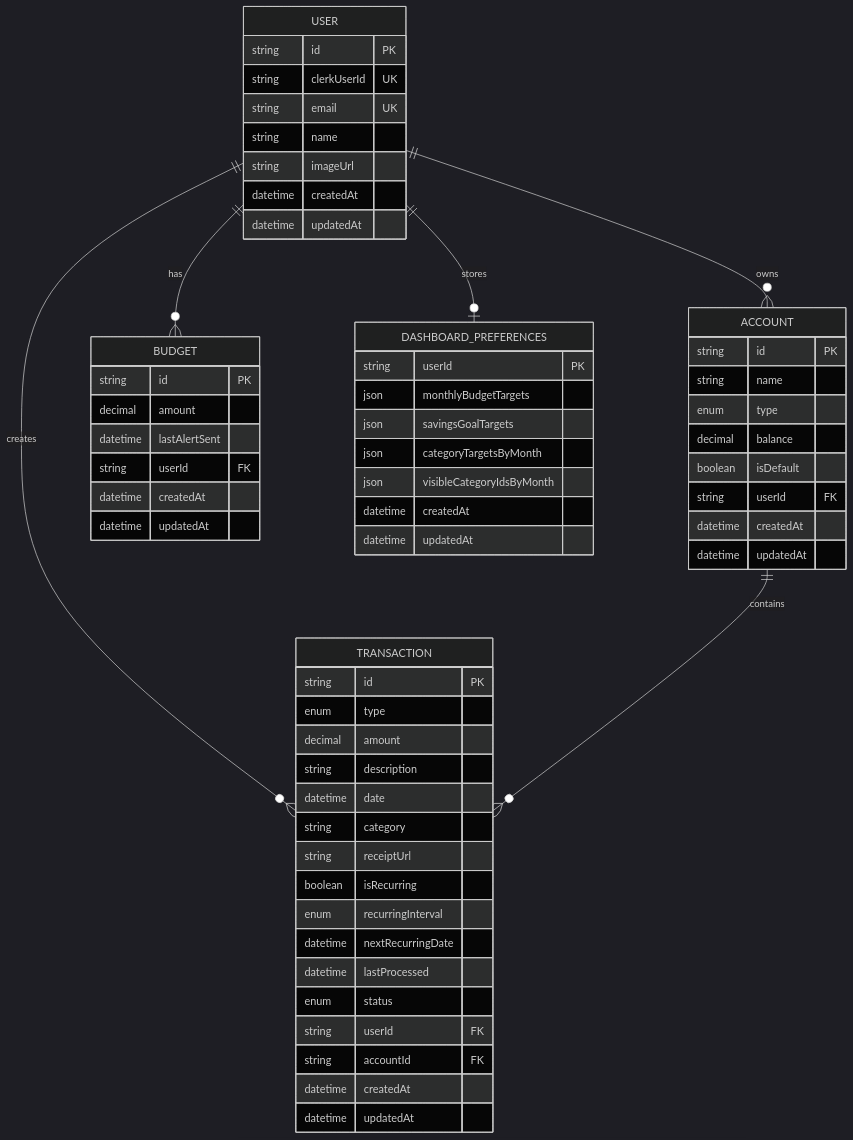
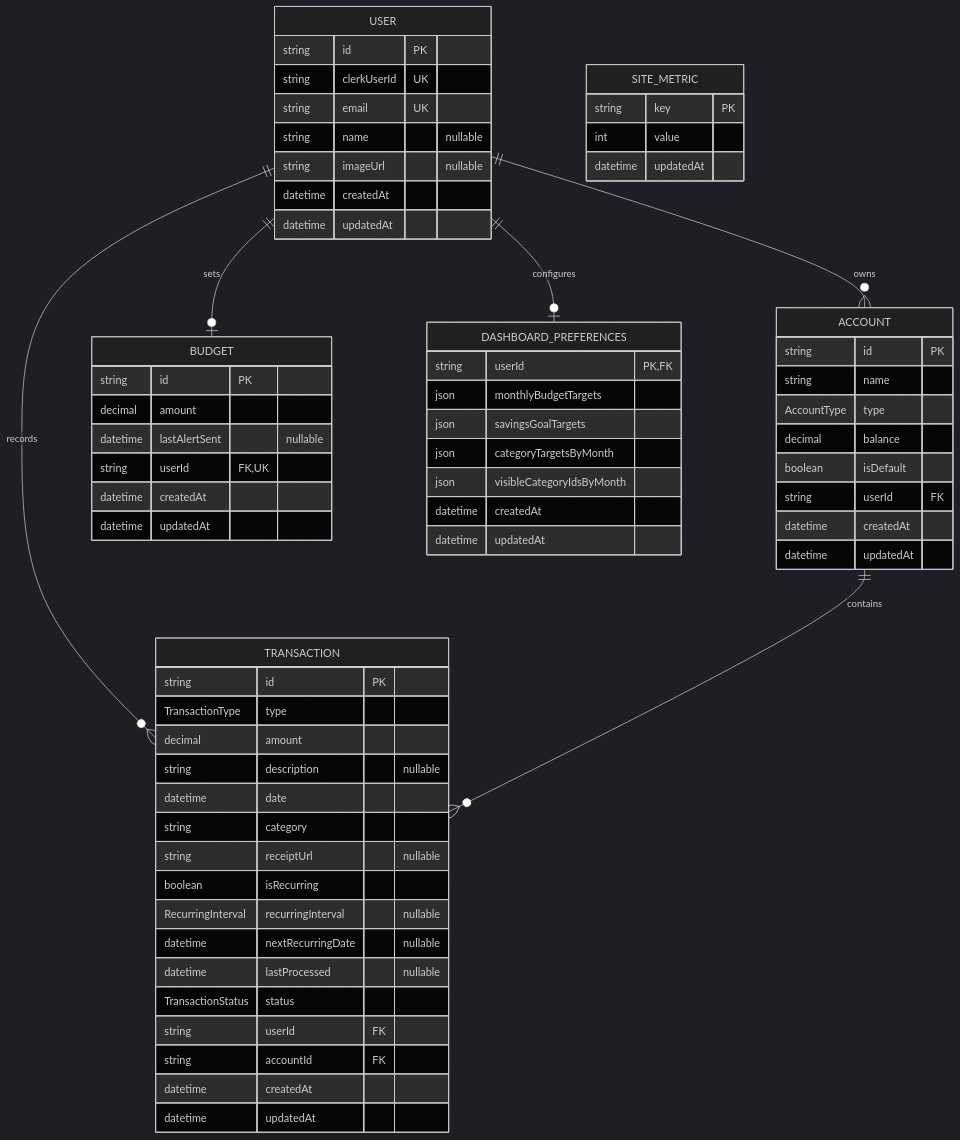
One commit to debarghya131/Actual changed the fifth of 5 diagrams in README.md. Above: the diagram before and after it, drawn with Mermaid (dark theme). The commit also changed other lines of this file, not shown here.

Commit message:
docs: enhance README diagrams, structure, ERD, and author section

````diff
--- a/README.md
+++ b/README.md
@@ -169,67 +285,73 @@
 ```mermaid
 erDiagram
     USER ||--o{ ACCOUNT : owns
-    USER ||--o{ TRANSACTION : creates
-    USER ||--o{ BUDGET : has
-    USER ||--o| DASHBOARD_PREFERENCES : stores
+    USER ||--o{ TRANSACTION : records
+    USER ||--o| BUDGET : sets
+    USER ||--o| DASHBOARD_PREFERENCES : configures
     ACCOUNT ||--o{ TRANSACTION : contains
 
     USER {
         string id PK
         string clerkUserId UK
         string email UK
-        string name
-        string imageUrl
+        string name "nullable"
+        string imageUrl "nullable"
         datetime createdAt
         datetime updatedAt
     }
 
     ACCOUNT {
         string id PK
         string name
-        enum type
+        AccountType type
         decimal balance
         boolean isDefault
         string userId FK
         datetime createdAt
         datetime updatedAt
     }
 
     TRANSACTION {
         string id PK
-        enum type
+        TransactionType type
         decimal amount
-        string description
+        string description "nullable"
         datetime date
         string category
-        string receiptUrl
+        string receiptUrl "nullable"
         boolean isRecurring
-        enum recurringInterval
-        datetime nextRecurringDate
-        datetime lastProcessed
-        enum status
+        RecurringInterval recurringInterval "nullable"
+        datetime nextRecurringDate "nullable"
+        datetime lastProcessed "nullable"
+        TransactionStatus status
         string userId FK
         string accountId FK
         datetime createdAt
         datetime updatedAt
     }
 
     BUDGET {
         string id PK
         decimal amount
-        datetime lastAlertSent
-        string userId FK
+        datetime lastAlertSent "nullable"
+        string userId FK, UK
         datetime createdAt
         datetime updatedAt
     }
 
     DASHBOARD_PREFERENCES {
-        string userId PK
+        string userId PK, FK
         json monthlyBudgetTargets
         json savingsGoalTargets
         json categoryTargetsByMonth
         json visibleCategoryIdsByMonth
         datetime createdAt
         datetime updatedAt
     }
+
+    SITE_METRIC {
+        string key PK
+        int value
+        datetime updatedAt
+    }
 ```
````
